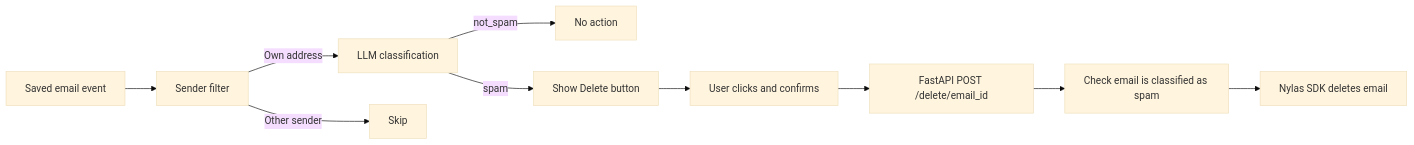
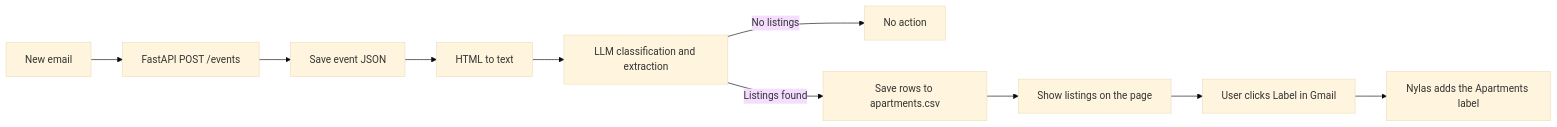
Before and after one commit to lindseypeng/ai-personal-assistant: the diagram in README.md, drawn with Mermaid (base theme). The commit also changed other lines of this file, not shown here.

````diff
--- a/README.md
+++ b/README.md
@@ -24,12 +26,12 @@
 ```mermaid
 flowchart LR
-    A[Saved email event] --> B[Sender filter]
-    B -->|Own address| C[LLM classification]
-    B -->|Other sender| D[Skip]
-    C -->|not_spam| E[No action]
-    C -->|spam| F[Show Delete button]
-    F --> G[User clicks and confirms]
-    G --> H[FastAPI POST /delete/email_id]
-    H --> I[Check email is classified as spam]
-    I --> J[Nylas SDK deletes email]
+    A[New email] --> B[FastAPI POST /events]
+    B --> C[Save event JSON]
+    C --> D[HTML to text]
+    D --> E[LLM classification and extraction]
+    E -->|No listings| F[No action]
+    E -->|Listings found| G[Save rows to apartments.csv]
+    G --> H[Show listings on the page]
+    H --> I[User clicks Label in Gmail]
+    I --> J[Nylas adds the Apartments label]
 ```
````
